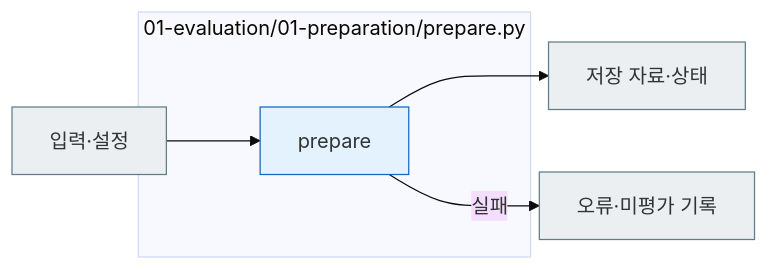
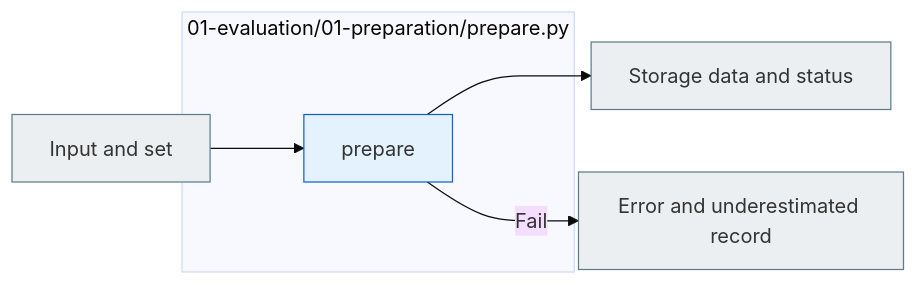
The diagram in src/finarch/documentation/templates/source-layout/experiments/01-evaluation/01-preparation.md (pnu-clink/finject), drawn with Mermaid (base theme) before and after one commit. The commit also changed other lines of this file and 644 other files, not shown here.

````diff
--- a/src/finarch/documentation/templates/source-layout/experiments/01-evaluation/01-preparation.md
+++ b/src/finarch/documentation/templates/source-layout/experiments/01-evaluation/01-preparation.md
@@ -30,14 +30,14 @@
 ```mermaid
 flowchart LR
- IN["입력·설정"]
+ IN["Input and set"]
  subgraph F0["01-evaluation/01-preparation/prepare.py"]
   N0["prepare"]
  end
  IN --> N0
- N0 --> OUT["저장 자료·상태"]
- N0 -->|실패| ERR["오류·미평가 기록"]
+ N0 --> OUT["Storage data and status"]
+ N0 -->|Fail| ERR["Error and underestimated record"]
  classDef python fill:#e3f2fd,stroke:#1565c0;
  classDef file fill:#eceff1,stroke:#607d8b;
  class N0 python;
  class IN,OUT,ERR file;
 ```
````
